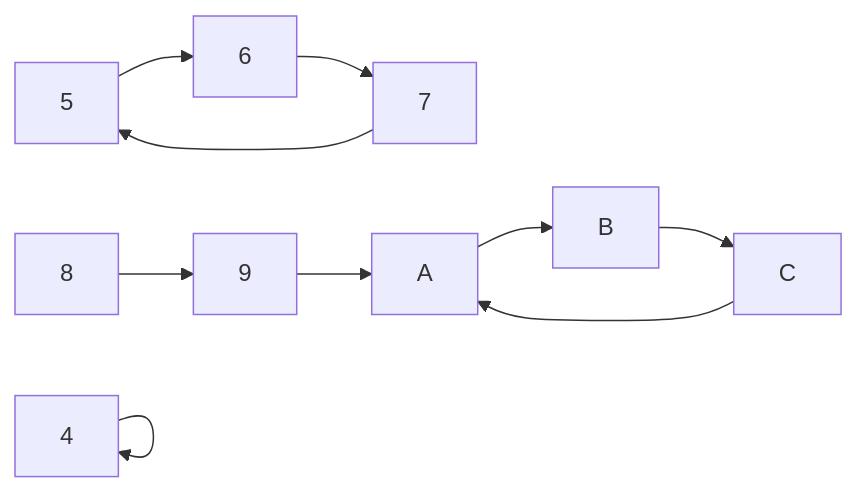
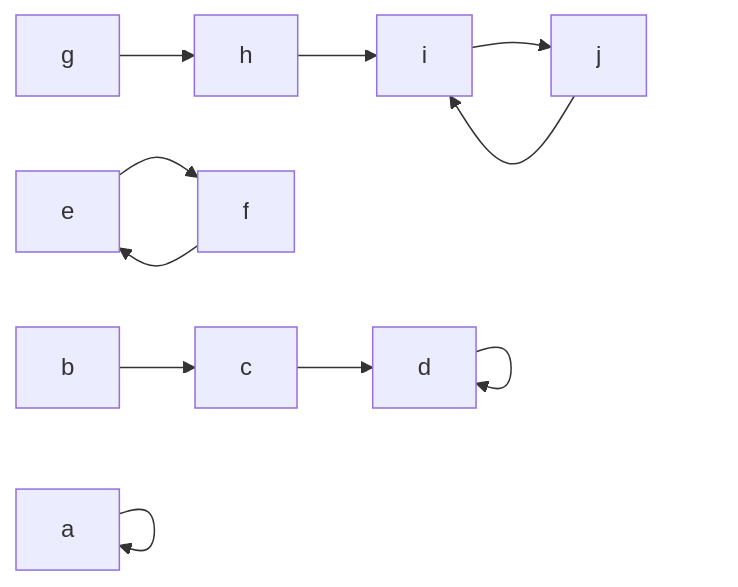
One commit to raganwald/raganwald.github.com changed the seventh of 18 diagrams in _posts/2026-02-15-nuralagus-rex.md. Above: the diagram before and after it, drawn with Mermaid. The commit also changed other lines of this file, not shown here.

```diff
--- a/_posts/2026-02-15-nuralagus-rex.md
+++ b/_posts/2026-02-15-nuralagus-rex.md
@@ -88,20 +148,10 @@
 <div class="mermaid">
   graph LR
-    a["4"]
-
     a-->a
 
-    b["5"]
-    c["6"]
-    d["7"]
+    b-->c-->d-->d
 
-    b-->c-->d-->b
+    e-->f-->e
 
-    e["8"]
-    f["9"]
-    g["A"]
-    h["B"]
-    i["C"]
-
-    e-->f-->g-->h-->i-->g
+    g-->h-->i-->j-->i
 </div>
```
